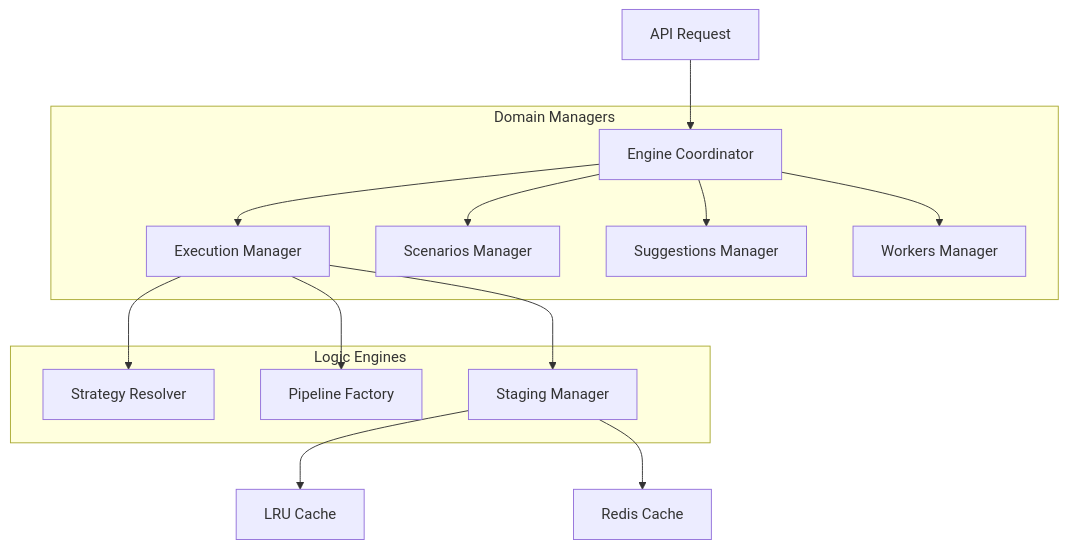
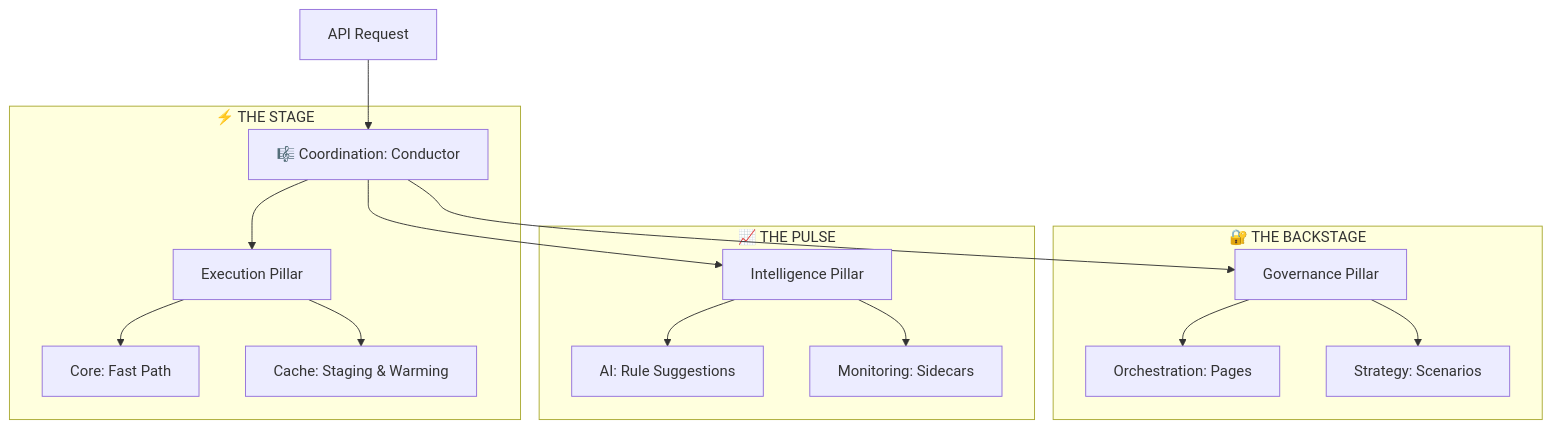
The diagram in src/engine/README.md (adiozdaniel/bongas-ai), drawn with Mermaid before and after one commit. The commit also changed other lines of this file and 74 other files, not shown here.

````diff
--- a/src/engine/README.md
+++ b/src/engine/README.md
@@ -11,20 +11,22 @@
 ```mermaid
 graph TD
-    API[API Request] --> Coord[Engine Coordinator]
+    API[API Request] --> Conductor[🎼 Coordination: Conductor]
     
-    subgraph Management [Domain Managers]
-        Coord --> Exec[Execution Manager]
-        Coord --> Scen[Scenarios Manager]
-        Coord --> Sugg[Suggestions Manager]
-        Coord --> Work[Workers Manager]
+    subgraph Discovery [⚡ THE STAGE]
+        Conductor --> Execution[Execution Pillar]
+        Execution --> Core[Core: Fast Path]
+        Execution --> Cache[Cache: Staging & Warming]
     end
     
-    subgraph Core [Logic Engines]
-        Exec --> Strat[Strategy Resolver]
-        Exec --> Pipe[Pipeline Factory]
-        Exec --> Stage[Staging Manager]
+    subgraph Governance [🔐 THE BACKSTAGE]
+        Conductor --> Control[Governance Pillar]
+        Control --> Orchestration[Orchestration: Pages]
+        Control --> Strategy[Strategy: Scenarios]
     end
     
-    Stage --> L1[LRU Cache]
-    Stage --> L2[Redis Cache]
+    subgraph Optimization [📈 THE PULSE]
+        Conductor --> Intelligence[Intelligence Pillar]
+        Intelligence --> AI[AI: Rule Suggestions]
+        Intelligence --> Monitor[Monitoring: Sidecars]
+    end
 ```
````
